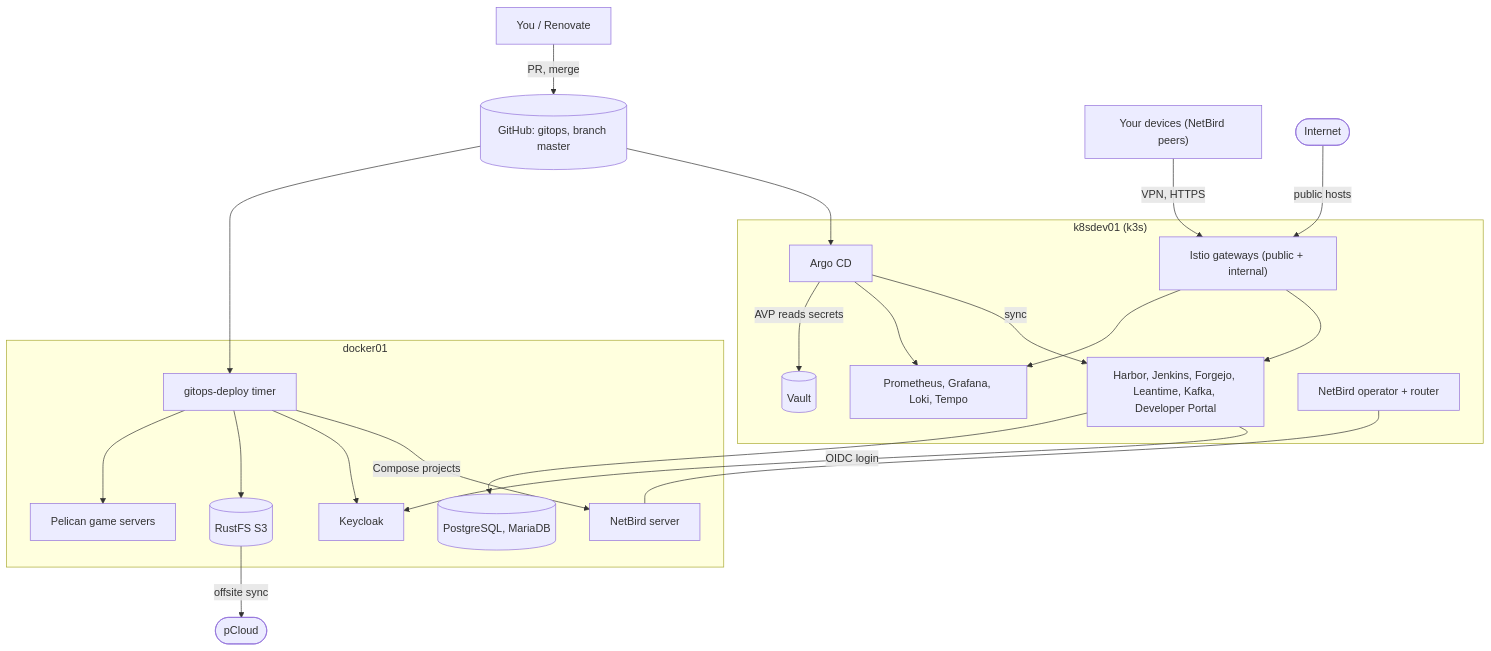
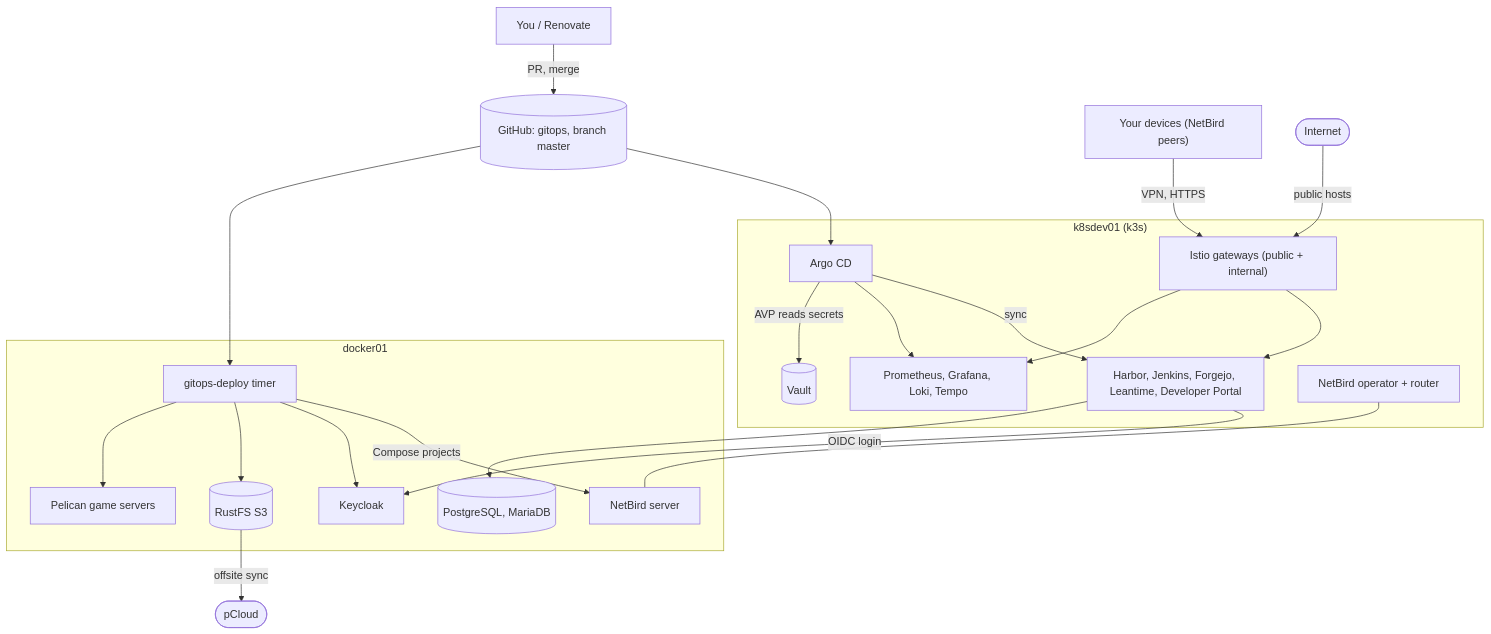
Before and after one commit to ToXiCCuss/gitops: the first of 4 diagrams in README.md, drawn with Mermaid. The commit also changed other lines of this file and 11 other files, not shown here.

````diff
--- a/README.md
+++ b/README.md
@@ -20,37 +20,37 @@
 ```mermaid
 flowchart TB
   you["You / Renovate"] -->|"PR, merge"| git[("GitHub: gitops, branch master")]
   peers["Your devices (NetBird peers)"] -->|"VPN, HTTPS"| mesh
   internet(["Internet"]) -->|"public hosts"| mesh
   subgraph k8s["k8sdev01 (k3s)"]
     argocd["Argo CD"]
     vault[("Vault")]
     mesh["Istio gateways (public + internal)"]
-    apps["Harbor, Jenkins, Forgejo, Leantime, Kafka, Developer Portal"]
+    apps["Harbor, Jenkins, Forgejo, Leantime, Developer Portal"]
     obs["Prometheus, Grafana, Loki, Tempo"]
     nbop["NetBird operator + router"]
   end
   subgraph docker01["docker01"]
     timer["gitops-deploy timer"]
     nb["NetBird server"]
     kc["Keycloak"]
     db[("PostgreSQL, MariaDB")]
     s3[("RustFS S3")]
     pel["Pelican game servers"]
   end
   git --> argocd
   git --> timer
   argocd -->|"sync"| apps
   argocd --> obs
   argocd -->|"AVP reads secrets"| vault
   mesh --> apps
   mesh --> obs
   apps -->|"OIDC login"| kc
   apps --> db
   timer -->|"Compose projects"| nb
   timer --> kc
   timer --> s3
   timer --> pel
   nbop --- nb
   s3 -->|"offsite sync"| pcloud(["pCloud"])
 ```
````
